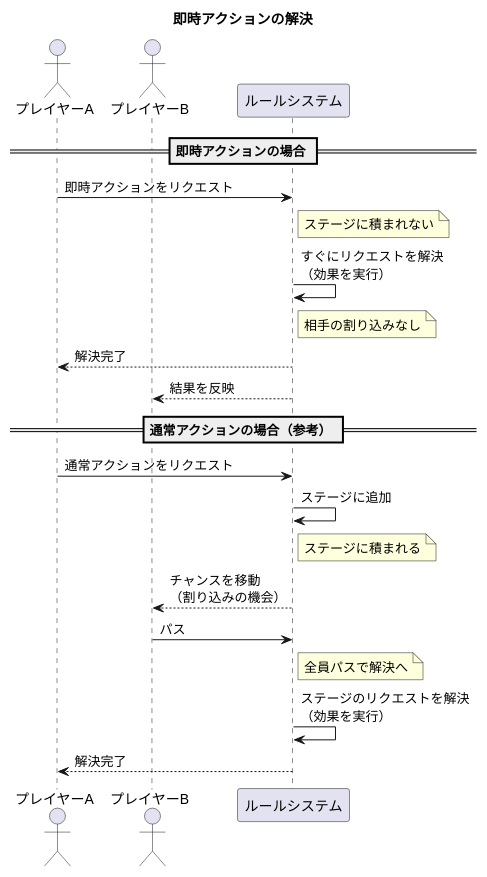
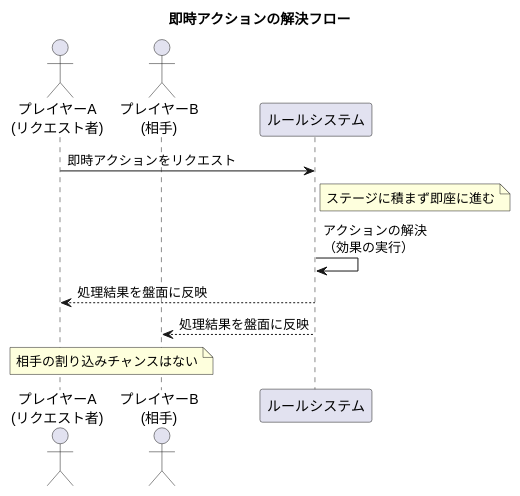
Before and after one commit to BlackPoker/BlackPoker: the diagram in source/common/action-resolve-immediate.puml, drawn with PlantUML. The commit also changed 2 other files, not shown here.

Commit message:
docs: add documentation and sequence diagrams for core and common action resolution logic

```diff
--- a/source/common/action-resolve-immediate.puml
+++ b/source/common/action-resolve-immediate.puml
@@ -1,33 +1,18 @@
 @startuml action-resolve-immediate
-title 即時アクションの解決
+title 即時アクションの解決フロー
 skinparam defaultFontName "Droid Sans Fallback"
 
-actor "プレイヤーA" as A
-actor "プレイヤーB" as B
+actor "プレイヤーA\n(リクエスト者)" as A
+actor "プレイヤーB\n(相手)" as B
 participant "ルールシステム" as SYS
 
-== 即時アクションの場合 ==
+A -> SYS : 即時アクションをリクエスト
+note right of SYS : ステージに積まず即座に進む
 
-A -> SYS : 即時アクションをリクエスト
-note right of SYS : ステージに積まれない
+SYS -> SYS : アクションの解決\n（効果の実行）
 
-SYS -> SYS : すぐにリクエストを解決\n（効果を実行）
-note right of SYS : 相手の割り込みなし
-
-SYS --> A : 解決完了
-SYS --> B : 結果を反映
-
-== 通常アクションの場合（参考） ==
-
-A -> SYS : 通常アクションをリクエスト
-SYS -> SYS : ステージに追加
-note right of SYS : ステージに積まれる
-SYS --> B : チャンスを移動\n（割り込みの機会）
-
-B -> SYS : パス
-note right of SYS : 全員パスで解決へ
-
-SYS -> SYS : ステージのリクエストを解決\n（効果を実行）
-SYS --> A : 解決完了
+SYS --> A : 処理結果を盤面に反映
+SYS --> B : 処理結果を盤面に反映
+note over A, B : 相手の割り込みチャンスはない
 
 @enduml
```
